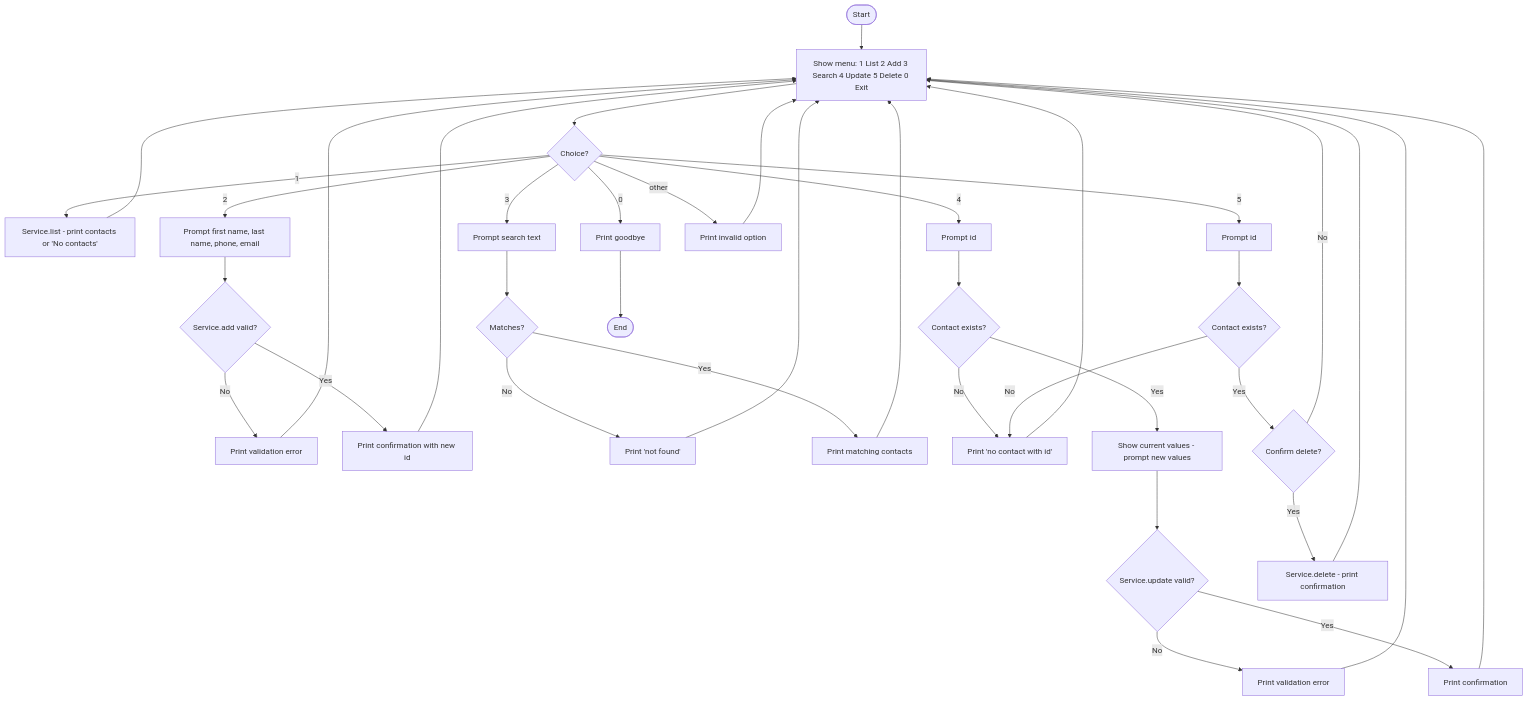
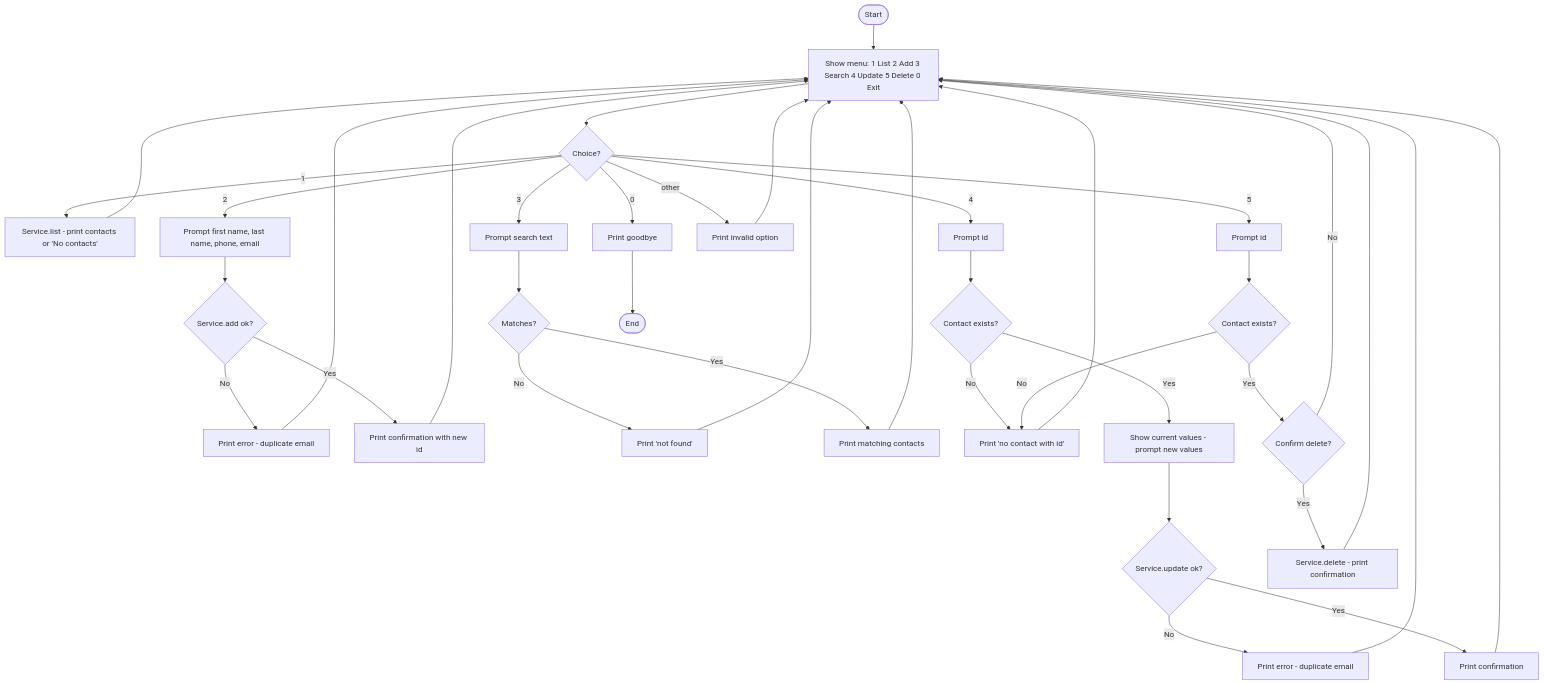
One commit to tukue/java-fundamentals changed the first of 2 diagrams in contact-workshop/design.md. Above: the diagram before and after it, drawn with Mermaid. The commit also changed other lines of this file and 4 other files, not shown here.

Commit message:
feat(contact): add model, repository, service and console app without input validation

````diff
--- a/contact-workshop/design.md
+++ b/contact-workshop/design.md
@@ -49,36 +49,36 @@
 ```mermaid
 flowchart TD
     Start([Start]) --> Menu[Show menu: 1 List 2 Add 3 Search 4 Update 5 Delete 0 Exit]
     Menu --> Choice{Choice?}
 
     Choice -->|1| List[Service.list - print contacts or 'No contacts']
     List --> Menu
 
     Choice -->|2| AddName[Prompt first name, last name, phone, email]
-    AddName --> AddVal{Service.add valid?}
-    AddVal -->|No| Err1[Print validation error] --> Menu
-    AddVal -->|Yes| AddSave[Print confirmation with new id] --> Menu
+    AddName --> AddRes{Service.add ok?}
+    AddRes -->|No| Err1[Print error - duplicate email] --> Menu
+    AddRes -->|Yes| AddSave[Print confirmation with new id] --> Menu
 
     Choice -->|3| Search[Prompt search text]
     Search --> Found{Matches?}
     Found -->|No| Err3[Print 'not found'] --> Menu
     Found -->|Yes| PrintMatches[Print matching contacts] --> Menu
 
     Choice -->|4| UpdId[Prompt id]
     UpdId --> Exists1{Contact exists?}
     Exists1 -->|No| Err4[Print 'no contact with id'] --> Menu
     Exists1 -->|Yes| UpdFields[Show current values - prompt new values]
-    UpdFields --> UpdVal{Service.update valid?}
-    UpdVal -->|No| Err5[Print validation error] --> Menu
-    UpdVal -->|Yes| UpdSave[Print confirmation] --> Menu
+    UpdFields --> UpdRes{Service.update ok?}
+    UpdRes -->|No| Err5[Print error - duplicate email] --> Menu
+    UpdRes -->|Yes| UpdSave[Print confirmation] --> Menu
 
     Choice -->|5| DelId[Prompt id]
     DelId --> Exists2{Contact exists?}
     Exists2 -->|No| Err4
     Exists2 -->|Yes| Confirm{Confirm delete?}
     Confirm -->|No| Menu
     Confirm -->|Yes| Del[Service.delete - print confirmation] --> Menu
 
     Choice -->|0| Exit[Print goodbye] --> End([End])
     Choice -->|other| Err6[Print invalid option] --> Menu
 ```
````
